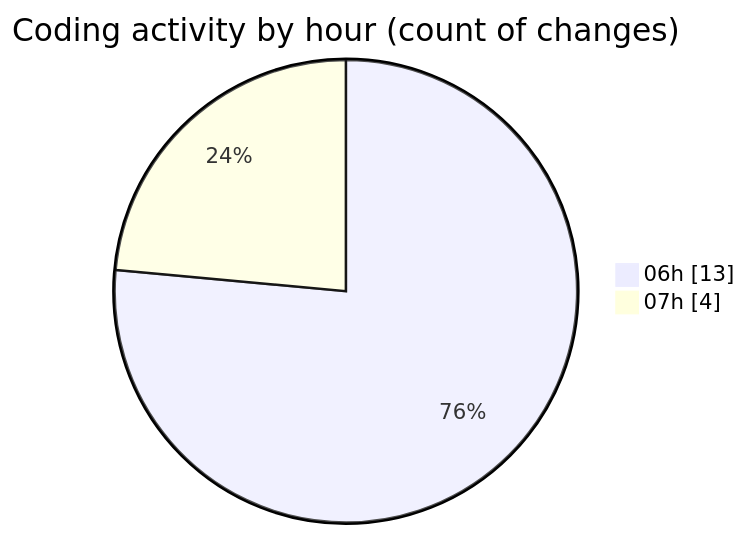
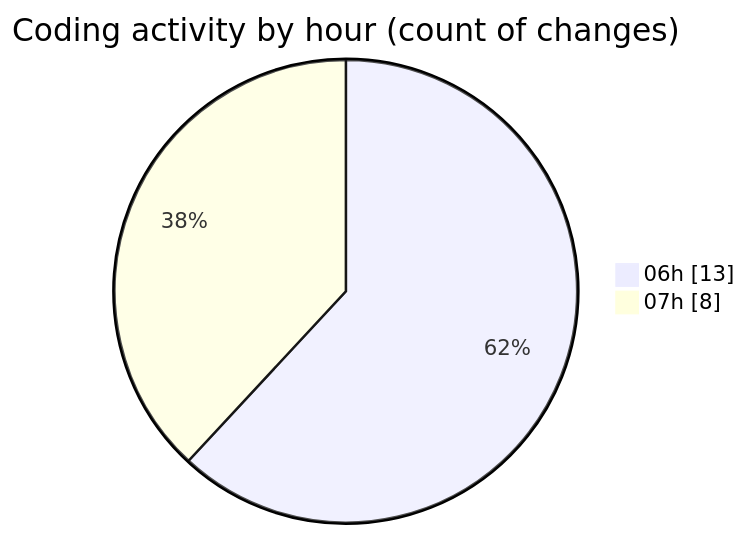
Before and after one commit to robertbonfada/code-tracking: the second of 2 diagrams in 2025-01-21/mbc-web/README.md, drawn with Mermaid. The commit also changed other lines of this file and 1 other file, not shown here.

````diff
--- a/2025-01-21/mbc-web/README.md
+++ b/2025-01-21/mbc-web/README.md
@@ -36,6 +38,6 @@
 ```mermaid
 pie showData
 title Coding activity by hour (count of changes)
 "06h" : 13
-"07h" : 4
+"07h" : 8
 ```
````
